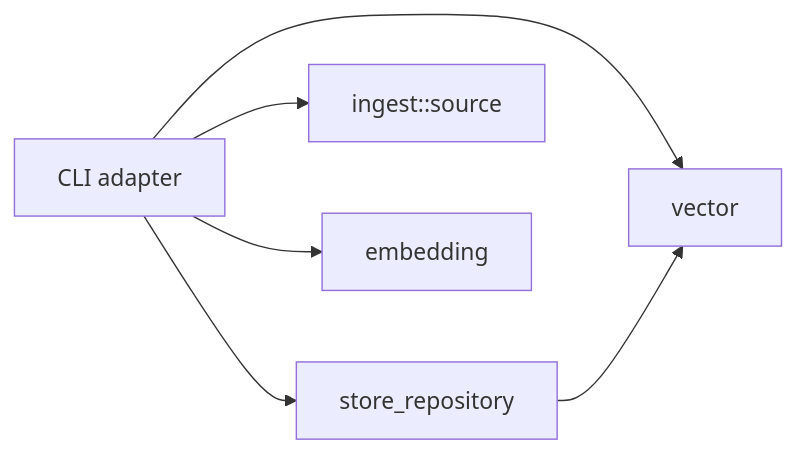
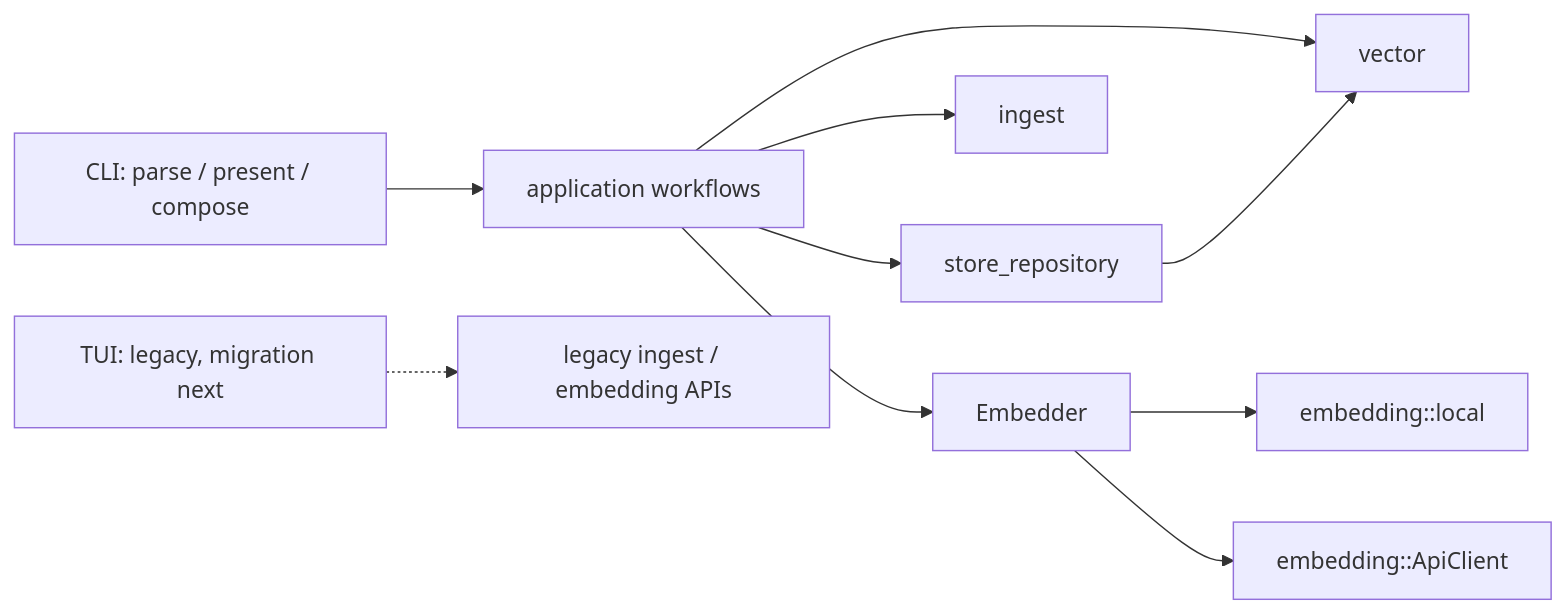
The diagram in docs/architecture.md (PraagyaShandilya/locursdb), drawn with Mermaid before and after one commit. The commit also changed other lines of this file and 9 other files, not shown here.

Commit message:
refactor: introduce shared application service and migrate CLI

````diff
--- a/docs/architecture.md
+++ b/docs/architecture.md
@@ -5,8 +7,12 @@
 ```mermaid
 graph LR
-    CLI[CLI adapter] --> Repository[store_repository]
-    CLI --> Ingest[ingest::source]
-    CLI --> Embedding[embedding]
-    CLI --> Vector[vector]
+    CLI[CLI: parse / present / compose] --> Application[application workflows]
+    Application --> Repository[store_repository]
+    Application --> Ingest[ingest]
+    Application --> Embedder[Embedder]
+    Application --> Vector[vector]
+    Embedder --> Local[embedding::local]
+    Embedder --> Remote[embedding::ApiClient]
     Repository --> Vector
+    TUI[TUI: legacy, migration next] -.-> Legacy[legacy ingest / embedding APIs]
 ```
````
